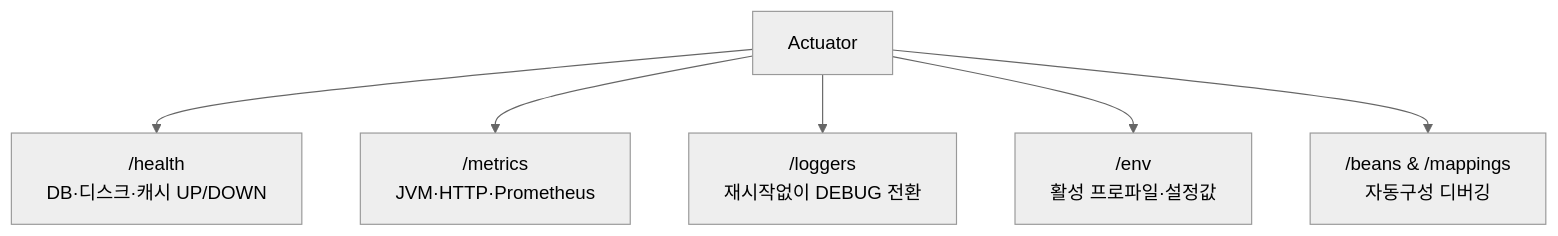
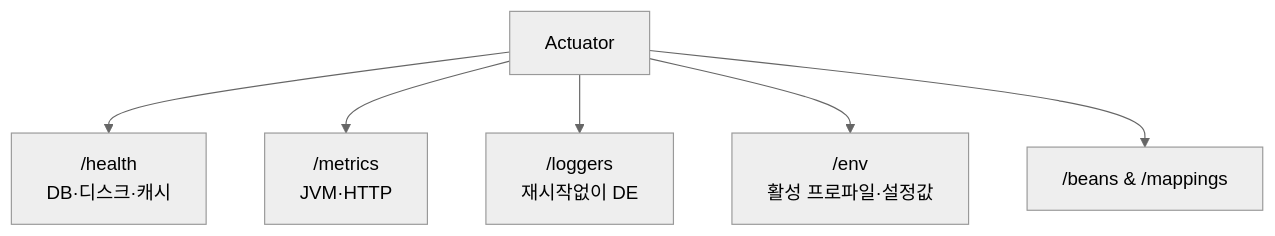
One commit to yjkim2015/yjkim2015.github.io changed the sixth of 7 diagrams in _posts/spring/2026-05-02-spring-boot-autoconfigure.md. Above: the diagram before and after it, drawn with Mermaid (neutral theme). The commit also changed other lines of this file and 271 other files, not shown here.

First line of the commit message:
Mermaid 라벨 축소: 긴 노드 텍스트 18자 이하로 트림 + \n 제거

````diff
--- a/_posts/spring/2026-05-02-spring-boot-autoconfigure.md
+++ b/_posts/spring/2026-05-02-spring-boot-autoconfigure.md
@@ -514,8 +514,8 @@
 ```mermaid
 graph TD
-    A["Actuator"] --> B["/health\nDB·디스크·캐시 UP/DOWN"]
-    A --> C["/metrics\nJVM·HTTP·Prometheus"]
-    A --> D["/loggers\n재시작없이 DEBUG 전환"]
+    A["Actuator"] --> B["/health\nDB·디스크·캐시"]
+    A --> C["/metrics\nJVM·HTTP"]
+    A --> D["/loggers\n재시작없이 DE"]
     A --> E["/env\n활성 프로파일·설정값"]
-    A --> F["/beans & /mappings\n자동구성 디버깅"]
+    A --> F["/beans & /mappings"]
 ```
````
